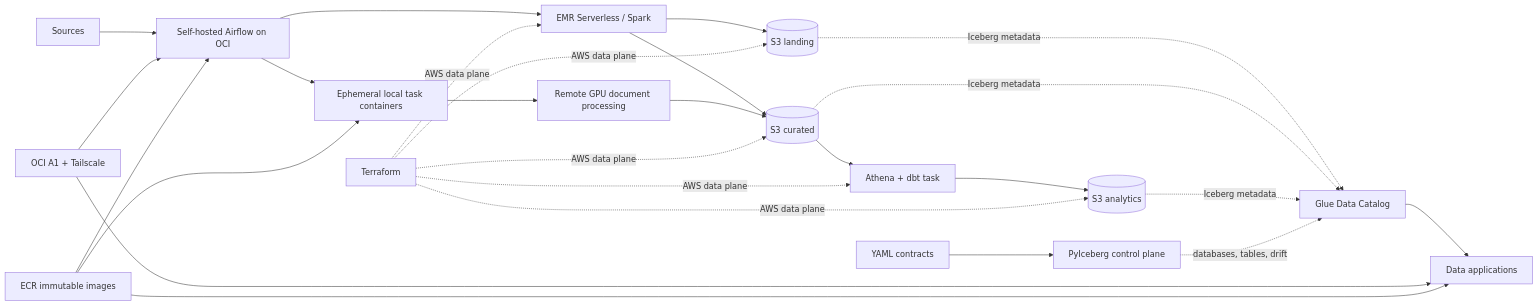
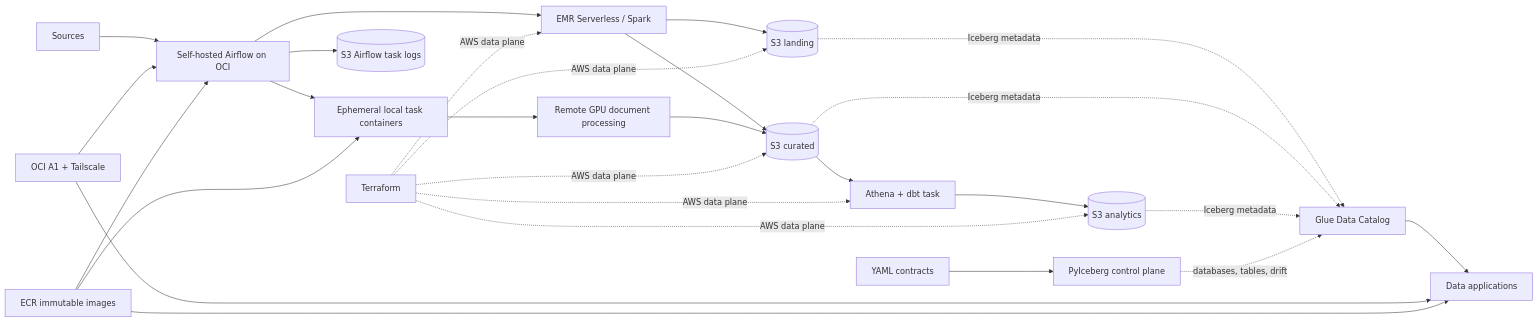
One commit to ToGiaBaoKDL/mini-lakehouse changed the diagram in README.md. Above: the diagram before and after it, drawn with Mermaid. The commit also changed other lines of this file and 50 other files, not shown here.

````diff
--- a/README.md
+++ b/README.md
@@ -7,21 +7,22 @@
 ```mermaid
 flowchart LR
     S[Sources] --> A[Self-hosted Airflow on OCI]
     A --> E[EMR Serverless / Spark]
     A --> W[Ephemeral local task containers]
+    A --> Z[(S3 Airflow task logs)]
     W --> R[Remote GPU document processing]
     E --> L[(S3 landing)]
     E --> C[(S3 curated)]
     R --> C
     L & C -. Iceberg metadata .-> G[Glue Data Catalog]
     C --> Q[Athena + dbt task]
     Q --> N[(S3 analytics)]
     N -. Iceberg metadata .-> G
     G --> D[Data applications]
 
     T[Terraform] -. AWS data plane .-> L & C & N & E & Q
     O[OCI A1 + Tailscale] --> A & D
     X[ECR immutable images] --> A & W & D
     Y[YAML contracts] --> P[PyIceberg control plane]
     P -. databases, tables, drift .-> G
 ```
````
